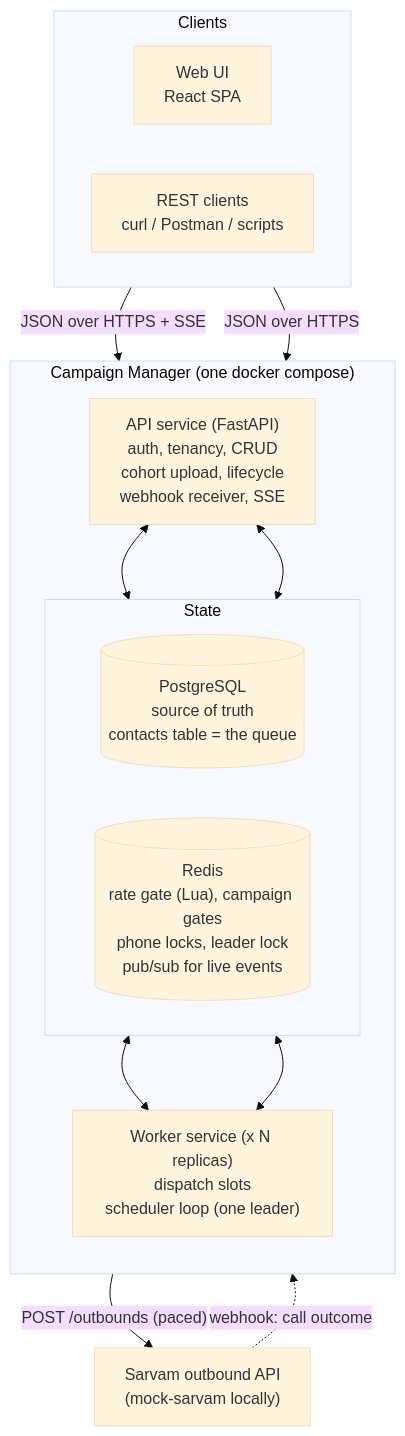
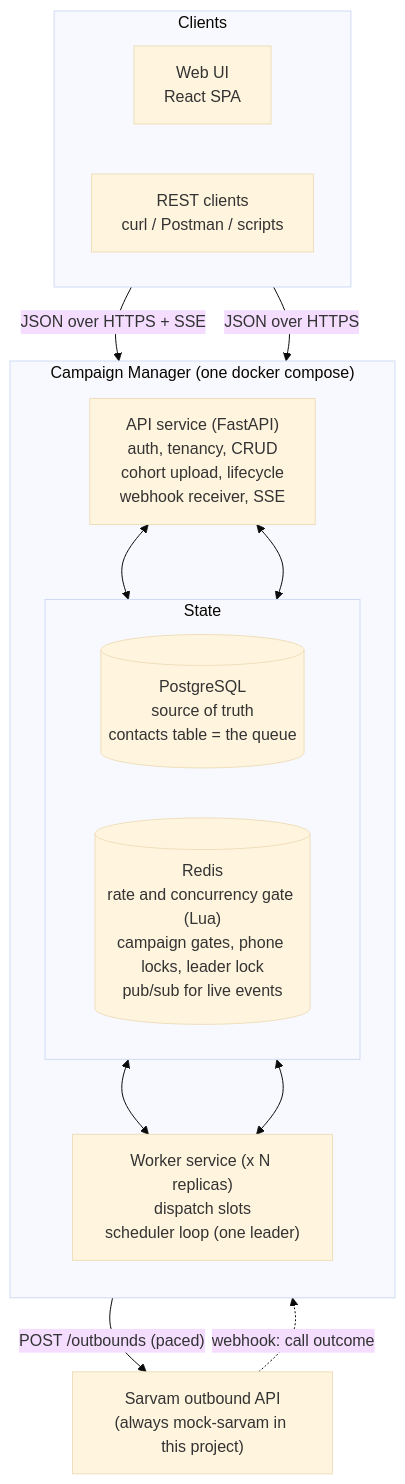
One commit to yshemashree/Campaign-Manager-Predixion-AI- changed the first of 6 diagrams in docs/02-architecture.md. Above: the diagram before and after it, drawn with Mermaid (base theme). The commit also changed other lines of this file and 6 other files, not shown here.

````diff
--- a/docs/02-architecture.md
+++ b/docs/02-architecture.md
@@ -27,30 +27,30 @@
 ```mermaid
 flowchart TB
     subgraph clients["Clients"]
         direction LR
         UI["Web UI<br/>React SPA"]
         RC["REST clients<br/>curl / Postman / scripts"]
     end
 
     subgraph platform["Campaign Manager (one docker compose)"]
         direction TB
         API["API service (FastAPI)<br/>auth, tenancy, CRUD<br/>cohort upload, lifecycle<br/>webhook receiver, SSE"]
         subgraph data["State"]
             direction LR
             PG[("PostgreSQL<br/>source of truth<br/>contacts table = the queue")]
-            RD[("Redis<br/>rate gate (Lua), campaign gates<br/>phone locks, leader lock<br/>pub/sub for live events")]
+            RD[("Redis<br/>rate and concurrency gate (Lua)<br/>campaign gates, phone locks, leader lock<br/>pub/sub for live events")]
         end
         WK["Worker service (x N replicas)<br/>dispatch slots<br/>scheduler loop (one leader)"]
     end
 
-    SV["Sarvam outbound API<br/>(mock-sarvam locally)"]
+    SV["Sarvam outbound API<br/>(always mock-sarvam in this project)"]
 
     UI -- "JSON over HTTPS + SSE" --> API
     RC -- "JSON over HTTPS" --> API
     API <--> PG
     API <--> RD
     PG <--> WK
     RD <--> WK
     WK -- "POST /outbounds (paced)" --> SV
     SV -. "webhook: call outcome" .-> API
 ```
````
